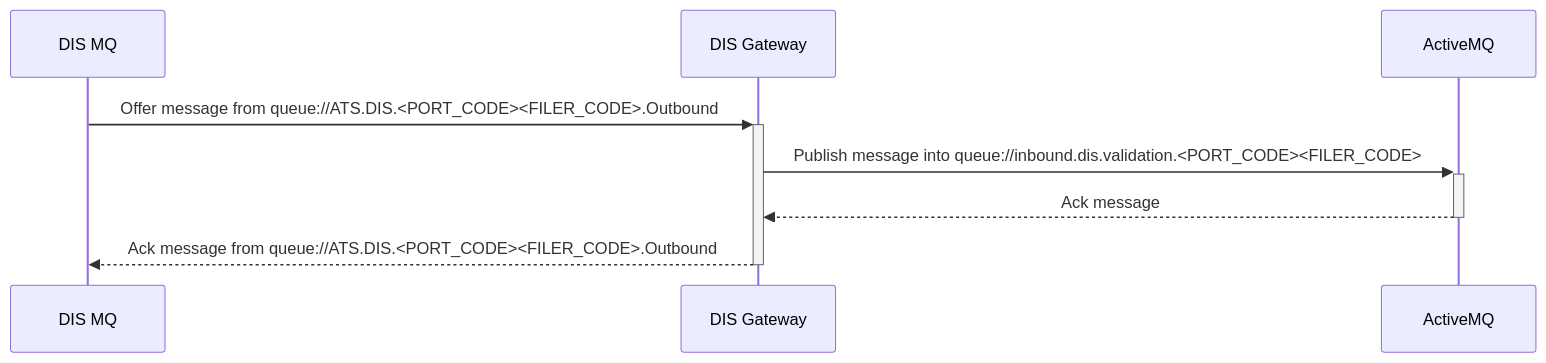
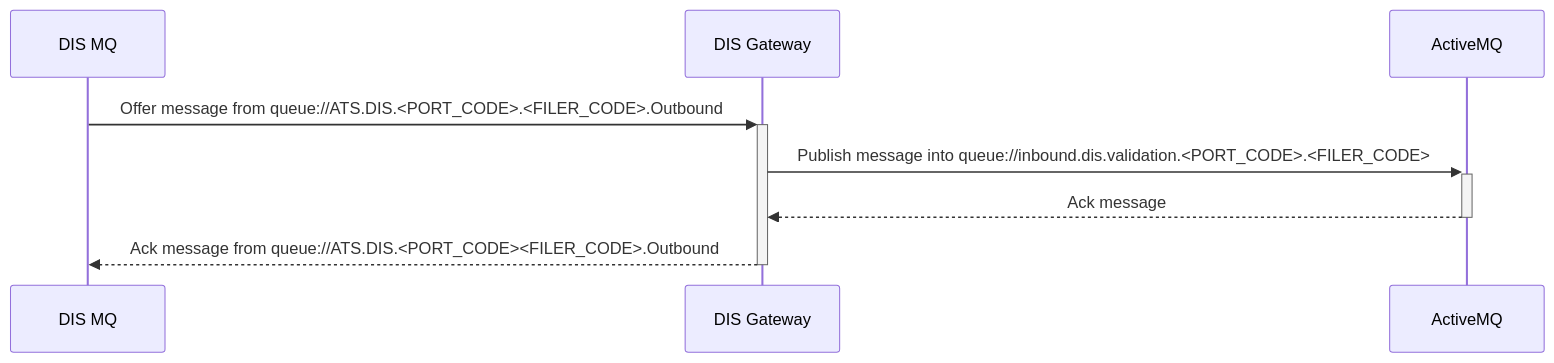
The second of 3 diagrams in docs/workflows/dis.md (as2network/as2ng), drawn with Mermaid before and after one commit.

Commit message:
doc: fix minor issues with docs

````diff
--- a/docs/workflows/dis.md
+++ b/docs/workflows/dis.md
@@ -17,8 +17,8 @@
 ```mermaid
 sequenceDiagram
-    DIS MQ ->>+ DIS Gateway: Offer message from queue://ATS.DIS.<PORT_CODE><FILER_CODE>.Outbound    
-    DIS Gateway ->>+ ActiveMQ: Publish message into queue://inbound.dis.validation.<PORT_CODE><FILER_CODE>
+    DIS MQ ->>+ DIS Gateway: Offer message from queue://ATS.DIS.<PORT_CODE>.<FILER_CODE>.Outbound    
+    DIS Gateway ->>+ ActiveMQ: Publish message into queue://inbound.dis.validation.<PORT_CODE>.<FILER_CODE>
     ActiveMQ -->>- DIS Gateway: Ack message   
     DIS Gateway -->> DIS MQ: Ack message from queue://ATS.DIS.<PORT_CODE><FILER_CODE>.Outbound    
     deactivate DIS Gateway        
 ```
````
